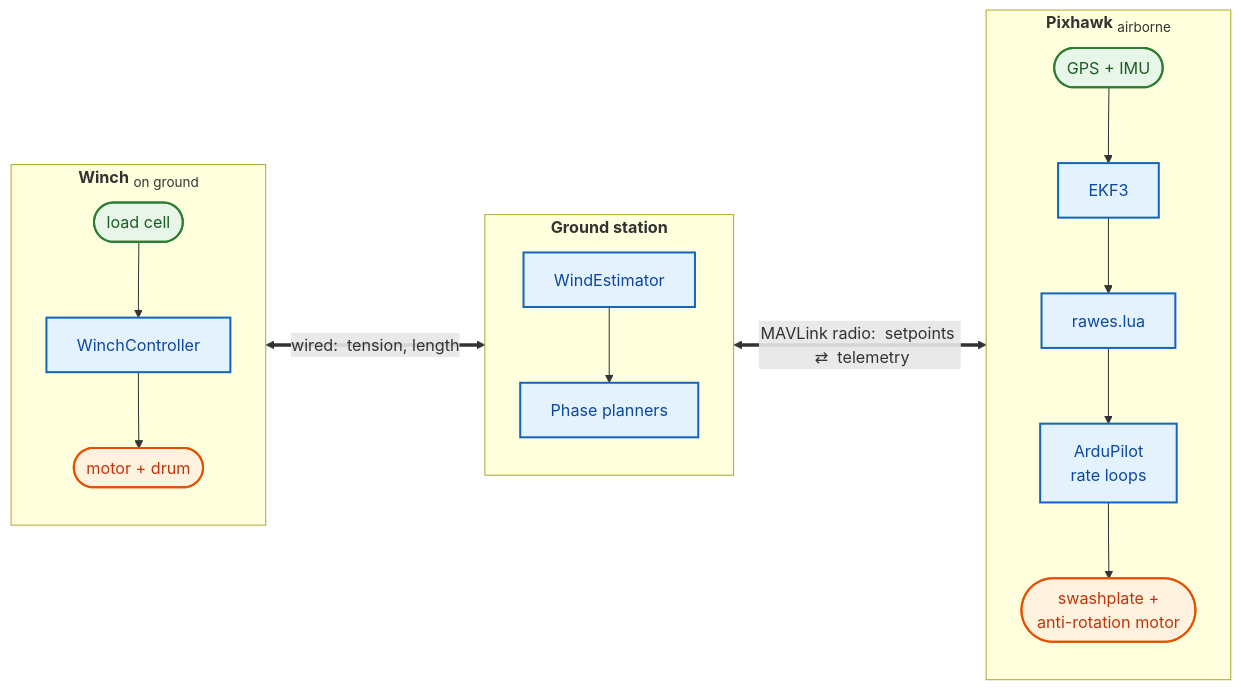
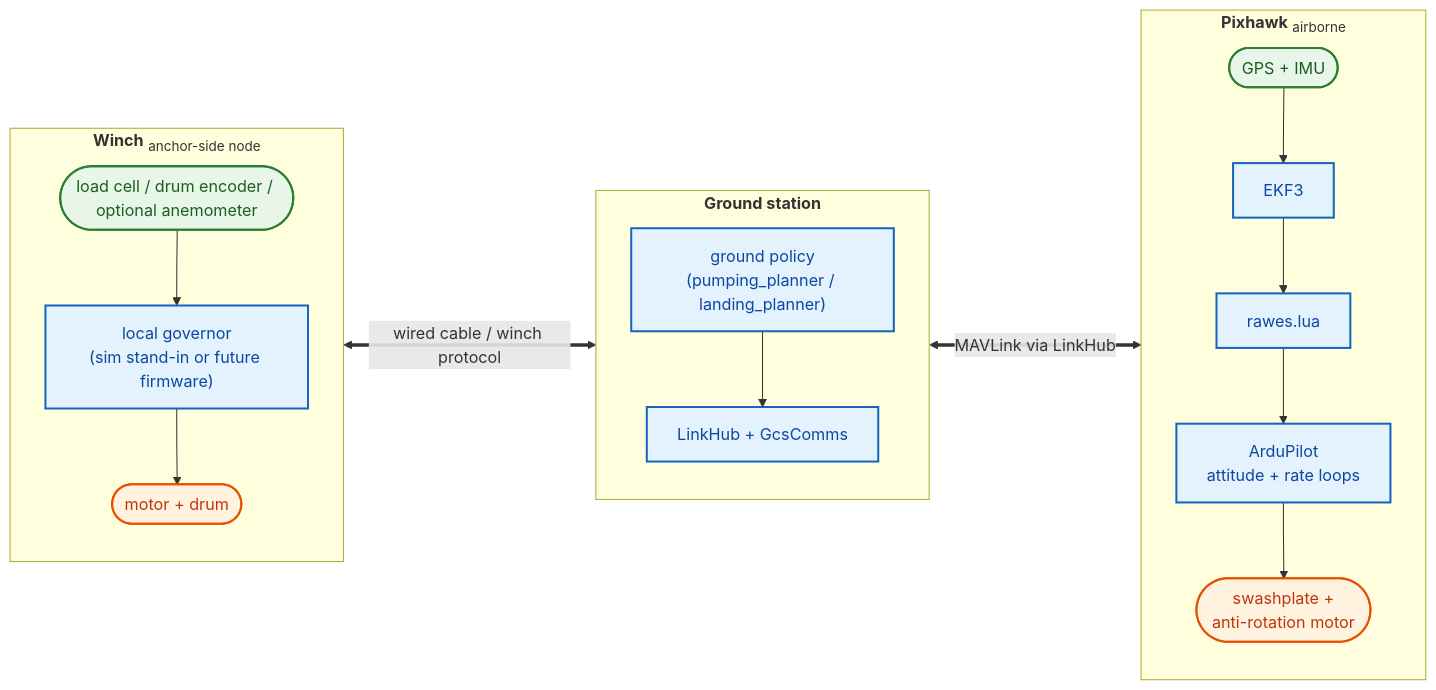
One commit to mcroomp/windpower changed the first of 2 diagrams in design/flight_stack.md. Above: the diagram before and after it, drawn with Mermaid. The commit also changed other lines of this file and 49 other files, not shown here.

First line of the commit message:
Add LinkHub throughput display, rotor-model vehicle view, and consolidate docs (#21)

````diff
--- a/design/flight_stack.md
+++ b/design/flight_stack.md
@@ -12,34 +43,34 @@
 ```mermaid
 flowchart LR
-    subgraph WIN["<b>Winch</b> <sub>on ground</sub>"]
+    subgraph WIN["<b>Winch</b> <sub>anchor-side node</sub>"]
         direction TB
-        WSEN(["load cell"]):::sensor
-        WCTRL["WinchController"]:::ctrl
+        WSEN(["load cell / drum encoder / optional anemometer"]):::sensor
+        WCTRL["local governor<br/>(sim stand-in or future firmware)"]:::ctrl
         WMOT(["motor + drum"]):::actuator
         WSEN --> WCTRL --> WMOT
     end
 
     subgraph GND["<b>Ground station</b>"]
         direction TB
-        WEST["WindEstimator"]:::ctrl
-        PLN["Phase planners"]:::ctrl
-        WEST --> PLN
+        PLN["ground policy<br/>(pumping_planner / landing_planner)"]:::ctrl
+        HUB["LinkHub + GcsComms"]:::ctrl
+        PLN --> HUB
     end
 
     subgraph PIX["<b>Pixhawk</b> <sub>airborne</sub>"]
         direction TB
         SENS(["GPS + IMU"]):::sensor
         EKF["EKF3"]:::ctrl
         LUA["rawes.lua"]:::ctrl
-        RATE["ArduPilot<br/>rate loops"]:::ctrl
+        RATE["ArduPilot<br/>attitude + rate loops"]:::ctrl
         ACT(["swashplate +<br/>anti-rotation motor"]):::actuator
         SENS --> EKF --> LUA --> RATE --> ACT
     end
 
-    WIN <== "wired:&nbsp; tension, length" ==> GND
-    GND <== "MAVLink radio:&nbsp; setpoints &nbsp;⇄&nbsp; telemetry" ==> PIX
+    WIN <== "wired cable / winch protocol" ==> GND
+    GND <== "MAVLink via LinkHub" ==> PIX
 
     classDef sensor fill:#e8f5e9,stroke:#2e7d32,color:#1b5e20,stroke-width:2px
     classDef ctrl fill:#e3f2fd,stroke:#1565c0,color:#0d47a1,stroke-width:2px
     classDef actuator fill:#fff3e0,stroke:#e65100,color:#bf360c,stroke-width:2px
 ```
````
